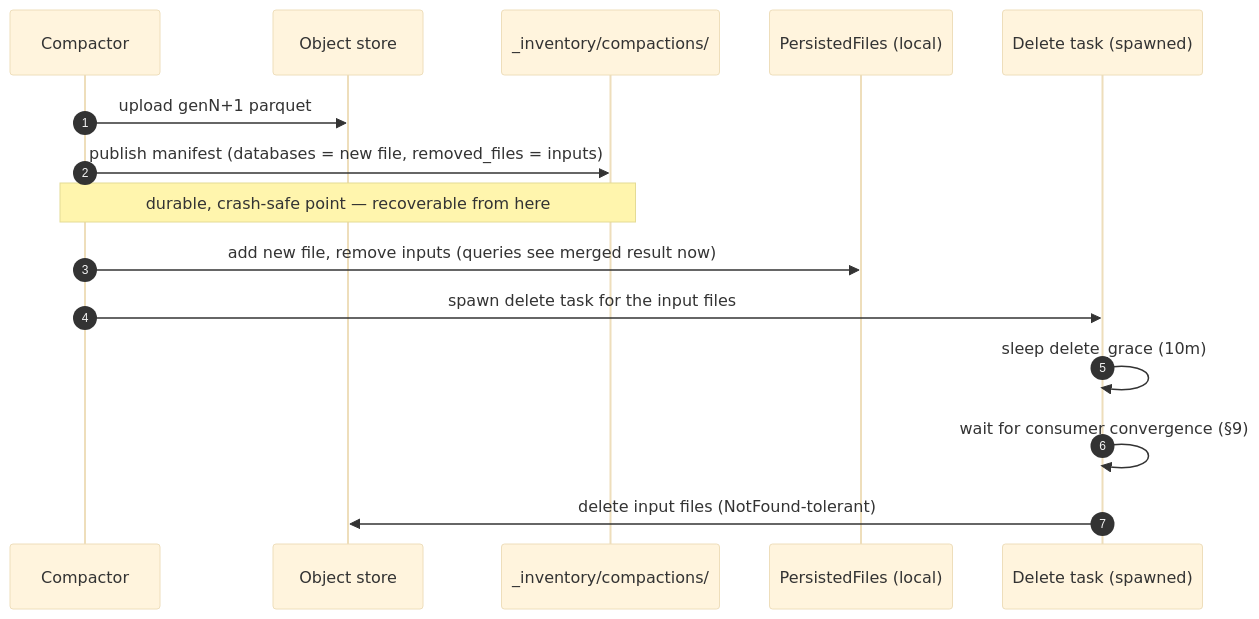
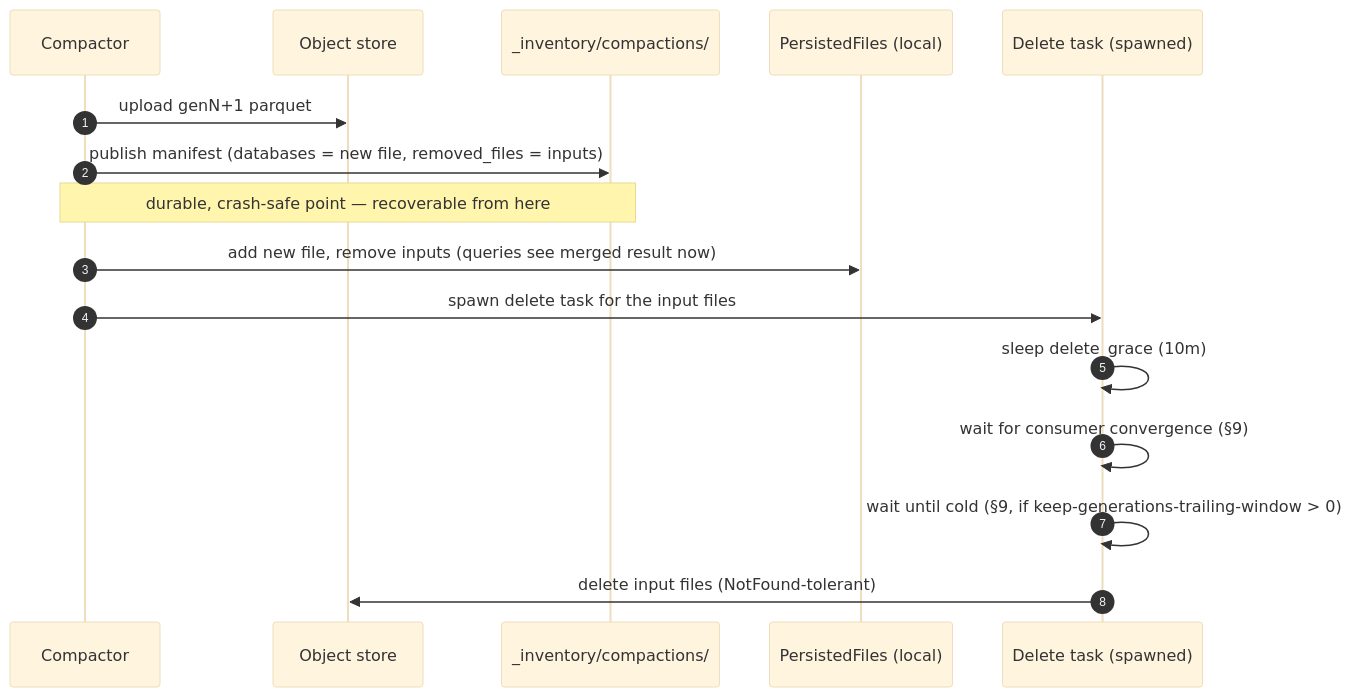
One commit to jochen42/refluxdbextended changed the fourth of 6 diagrams in REFLUXEXTENDED.md. Above: the diagram before and after it, drawn with Mermaid (base theme). The commit also changed other lines of this file and 1 other file, not shown here.

First line of the commit message:
docs: document spill, compaction parallelism, cold-gate, cold-GC (extended-3.9.3-30..33)

````diff
--- a/REFLUXEXTENDED.md
+++ b/REFLUXEXTENDED.md
@@ -346,18 +347,19 @@
 ```mermaid
 sequenceDiagram
     autonumber
     participant CO as Compactor
     participant Store as Object store
     participant INV as _inventory/compactions/
     participant PF as PersistedFiles (local)
     participant GC as Delete task (spawned)
 
     CO->>Store: upload genN+1 parquet
     CO->>INV: publish manifest (databases = new file, removed_files = inputs)
     Note over CO,INV: durable, crash-safe point — recoverable from here
     CO->>PF: add new file, remove inputs (queries see merged result now)
     CO->>GC: spawn delete task for the input files
     GC->>GC: sleep delete_grace (10m)
     GC->>GC: wait for consumer convergence (§9)
+    GC->>GC: wait until cold (§9, if keep-generations-trailing-window > 0)
     GC->>Store: delete input files (NotFound-tolerant)
 ```
````
